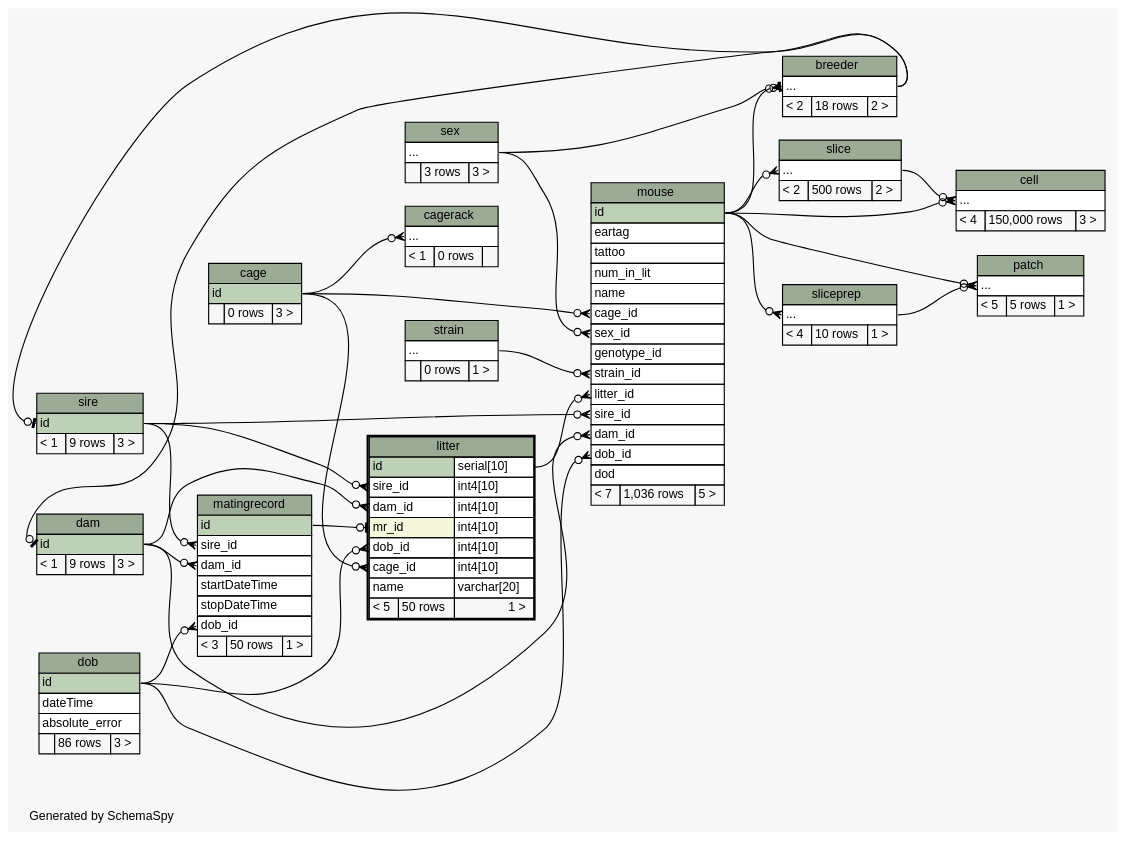
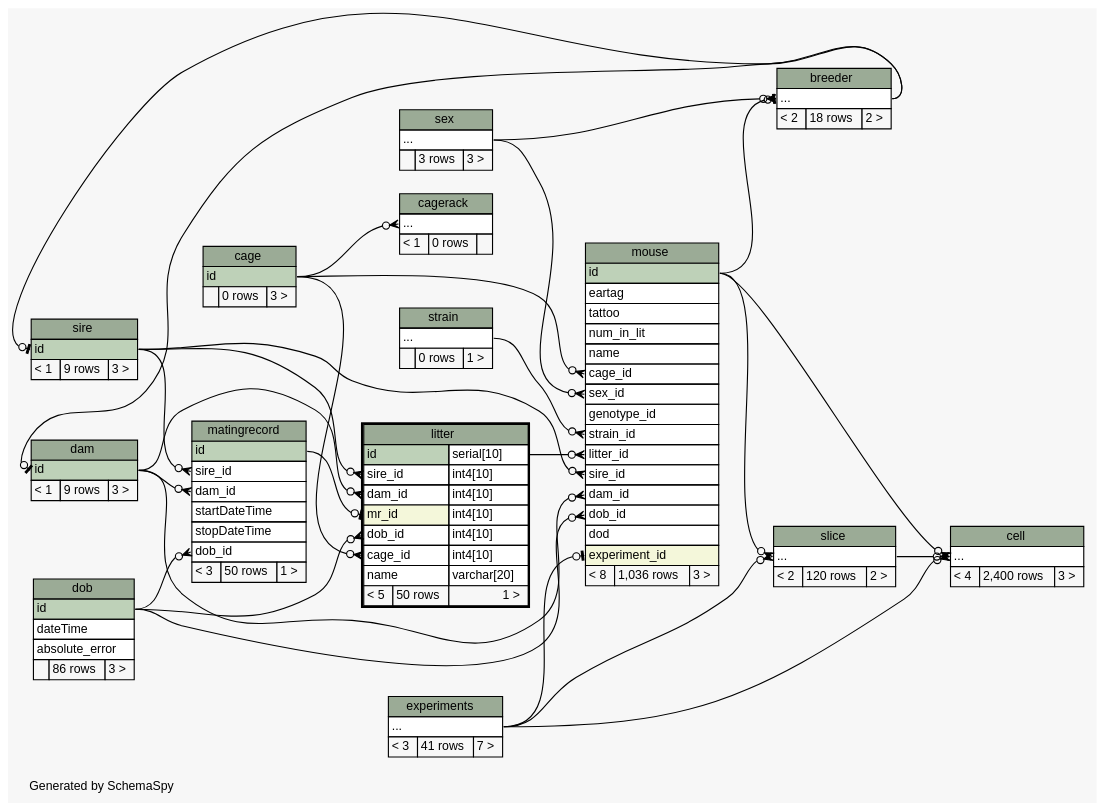
One commit to tgbugs/mlab changed the diagram in database/ss/diagrams/litter.2degrees.dot. Above: the diagram before and after it, drawn with Graphviz. The commit also changed 216 other files, not shown here.

```diff
--- a/database/ss/diagrams/litter.2degrees.dot
+++ b/database/ss/diagrams/litter.2degrees.dot
@@ -22,6 +22,7 @@
   "breeder":"elipses":w -> "mouse":"id":e [arrowhead=none dir=back arrowtail=teeodot];
   "breeder":"elipses":w -> "sex":"elipses":e [arrowhead=none dir=back arrowtail=crowodot];
   "cagerack":"elipses":w -> "cage":"id":e [arrowhead=none dir=back arrowtail=crowodot];
+  "cell":"elipses":w -> "experiments":"elipses":e [arrowhead=none dir=back arrowtail=crowodot];
   "cell":"elipses":w -> "mouse":"id":e [arrowhead=none dir=back arrowtail=crowodot];
   "cell":"elipses":w -> "slice":"elipses":e [arrowhead=none dir=back arrowtail=crowodot];
   "dam":"id":w -> "breeder":"elipses":e [arrowhead=none dir=back arrowtail=teeodot];
@@ -36,15 +37,14 @@
   "mouse":"cage_id":w -> "cage":"id":e [arrowhead=none dir=back arrowtail=crowodot];
   "mouse":"dam_id":w -> "dam":"id":e [arrowhead=none dir=back arrowtail=crowodot];
   "mouse":"dob_id":w -> "dob":"id":e [arrowhead=none dir=back arrowtail=crowodot];
+  "mouse":"experiment_id":w -> "experiments":"elipses":e [arrowhead=none dir=back arrowtail=teeodot];
   "mouse":"litter_id":w -> "litter":"id.type":e [arrowhead=none dir=back arrowtail=crowodot];
   "mouse":"sex_id":w -> "sex":"elipses":e [arrowhead=none dir=back arrowtail=crowodot];
   "mouse":"sire_id":w -> "sire":"id":e [arrowhead=none dir=back arrowtail=crowodot];
   "mouse":"strain_id":w -> "strain":"elipses":e [arrowhead=none dir=back arrowtail=crowodot];
-  "patch":"elipses":w -> "mouse":"id":e [arrowhead=none dir=back arrowtail=crowodot];
-  "patch":"elipses":w -> "sliceprep":"elipses":e [arrowhead=none dir=back arrowtail=crowodot];
   "sire":"id":w -> "breeder":"elipses":e [arrowhead=none dir=back arrowtail=teeodot];
   "slice":"elipses":w -> "mouse":"id":e [arrowhead=none dir=back arrowtail=crowodot];
-  "sliceprep":"elipses":w -> "mouse":"id":e [arrowhead=none dir=back arrowtail=crowodot];
+  "slice":"elipses":w -> "experiments":"elipses":e [arrowhead=none dir=back arrowtail=crowodot];
   "breeder" [
     label=<
     <TABLE BORDER="0" CELLBORDER="1" CELLSPACING="0" BGCOLOR="#ffffff">
@@ -80,7 +80,7 @@
     <TABLE BORDER="0" CELLBORDER="1" CELLSPACING="0" BGCOLOR="#ffffff">
       <TR><TD COLSPAN="3" BGCOLOR="#9bab96" ALIGN="CENTER">cell</TD></TR>
       <TR><TD PORT="elipses" COLSPAN="3" ALIGN="LEFT">...</TD></TR>
-      <TR><TD ALIGN="LEFT" BGCOLOR="#f7f7f7">&lt; 4</TD><TD ALIGN="RIGHT" BGCOLOR="#f7f7f7">150,000 rows</TD><TD ALIGN="RIGHT" BGCOLOR="#f7f7f7">3 &gt;</TD></TR>
+      <TR><TD ALIGN="LEFT" BGCOLOR="#f7f7f7">&lt; 4</TD><TD ALIGN="RIGHT" BGCOLOR="#f7f7f7">2,400 rows</TD><TD ALIGN="RIGHT" BGCOLOR="#f7f7f7">3 &gt;</TD></TR>
     </TABLE>>
     URL="cell.html"
     tooltip="cell"
@@ -106,6 +106,16 @@
     </TABLE>>
     URL="dob.html"
     tooltip="dob"
+  ];
+  "experiments" [
+    label=<
+    <TABLE BORDER="0" CELLBORDER="1" CELLSPACING="0" BGCOLOR="#ffffff">
+      <TR><TD COLSPAN="3" BGCOLOR="#9bab96" ALIGN="CENTER">experiments</TD></TR>
+      <TR><TD PORT="elipses" COLSPAN="3" ALIGN="LEFT">...</TD></TR>
+      <TR><TD ALIGN="LEFT" BGCOLOR="#f7f7f7">&lt; 3</TD><TD ALIGN="RIGHT" BGCOLOR="#f7f7f7">41 rows</TD><TD ALIGN="RIGHT" BGCOLOR="#f7f7f7">7 &gt;</TD></TR>
+    </TABLE>>
+    URL="experiments.html"
+    tooltip="experiments"
   ];
   "litter" [
     label=<
@@ -156,20 +166,11 @@
       <TR><TD PORT="dam_id" COLSPAN="3" ALIGN="LEFT">dam_id</TD></TR>
       <TR><TD PORT="dob_id" COLSPAN="3" ALIGN="LEFT">dob_id</TD></TR>
       <TR><TD PORT="dod" COLSPAN="3" ALIGN="LEFT">dod</TD></TR>
-      <TR><TD ALIGN="LEFT" BGCOLOR="#f7f7f7">&lt; 7</TD><TD ALIGN="RIGHT" BGCOLOR="#f7f7f7">1,036 rows</TD><TD ALIGN="RIGHT" BGCOLOR="#f7f7f7">5 &gt;</TD></TR>
+      <TR><TD PORT="experiment_id" COLSPAN="3" BGCOLOR="#f4f7da" ALIGN="LEFT">experiment_id</TD></TR>
+      <TR><TD ALIGN="LEFT" BGCOLOR="#f7f7f7">&lt; 8</TD><TD ALIGN="RIGHT" BGCOLOR="#f7f7f7">1,036 rows</TD><TD ALIGN="RIGHT" BGCOLOR="#f7f7f7">3 &gt;</TD></TR>
     </TABLE>>
     URL="mouse.html"
     tooltip="mouse"
-  ];
-  "patch" [
-    label=<
-    <TABLE BORDER="0" CELLBORDER="1" CELLSPACING="0" BGCOLOR="#ffffff">
-      <TR><TD COLSPAN="3" BGCOLOR="#9bab96" ALIGN="CENTER">patch</TD></TR>
-      <TR><TD PORT="elipses" COLSPAN="3" ALIGN="LEFT">...</TD></TR>
-      <TR><TD ALIGN="LEFT" BGCOLOR="#f7f7f7">&lt; 5</TD><TD ALIGN="RIGHT" BGCOLOR="#f7f7f7">5 rows</TD><TD ALIGN="RIGHT" BGCOLOR="#f7f7f7">1 &gt;</TD></TR>
-    </TABLE>>
-    URL="patch.html"
-    tooltip="patch"
   ];
   "sex" [
     label=<
@@ -196,20 +197,10 @@
     <TABLE BORDER="0" CELLBORDER="1" CELLSPACING="0" BGCOLOR="#ffffff">
       <TR><TD COLSPAN="3" BGCOLOR="#9bab96" ALIGN="CENTER">slice</TD></TR>
       <TR><TD PORT="elipses" COLSPAN="3" ALIGN="LEFT">...</TD></TR>
-      <TR><TD ALIGN="LEFT" BGCOLOR="#f7f7f7">&lt; 2</TD><TD ALIGN="RIGHT" BGCOLOR="#f7f7f7">500 rows</TD><TD ALIGN="RIGHT" BGCOLOR="#f7f7f7">2 &gt;</TD></TR>
+      <TR><TD ALIGN="LEFT" BGCOLOR="#f7f7f7">&lt; 2</TD><TD ALIGN="RIGHT" BGCOLOR="#f7f7f7">120 rows</TD><TD ALIGN="RIGHT" BGCOLOR="#f7f7f7">2 &gt;</TD></TR>
     </TABLE>>
     URL="slice.html"
     tooltip="slice"
-  ];
-  "sliceprep" [
-    label=<
-    <TABLE BORDER="0" CELLBORDER="1" CELLSPACING="0" BGCOLOR="#ffffff">
-      <TR><TD COLSPAN="3" BGCOLOR="#9bab96" ALIGN="CENTER">sliceprep</TD></TR>
-      <TR><TD PORT="elipses" COLSPAN="3" ALIGN="LEFT">...</TD></TR>
-      <TR><TD ALIGN="LEFT" BGCOLOR="#f7f7f7">&lt; 4</TD><TD ALIGN="RIGHT" BGCOLOR="#f7f7f7">10 rows</TD><TD ALIGN="RIGHT" BGCOLOR="#f7f7f7">1 &gt;</TD></TR>
-    </TABLE>>
-    URL="sliceprep.html"
-    tooltip="sliceprep"
   ];
   "strain" [
     label=<
```
